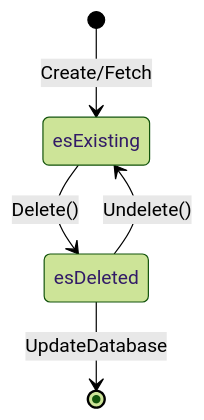
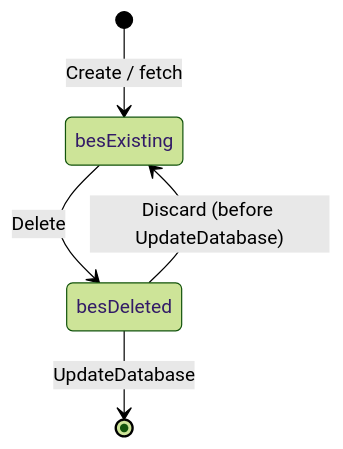
The second of 2 diagrams in docs/classes/TBoldObject.md (bero/BoldForDelphi), drawn with Mermaid (forest theme) before and after one commit. The commit also changed other lines of this file and 43 other files, not shown here.

````diff
--- a/docs/classes/TBoldObject.md
+++ b/docs/classes/TBoldObject.md
@@ -54,7 +64,7 @@
 ```mermaid
 stateDiagram-v2
-    [*] --> esExisting: Create/Fetch
-    esExisting --> esDeleted: Delete()
-    esDeleted --> esExisting: Undelete()
-    esDeleted --> [*]: UpdateDatabase
+    [*] --> besExisting: Create / fetch
+    besExisting --> besDeleted: Delete
+    besDeleted --> besExisting: Discard (before UpdateDatabase)
+    besDeleted --> [*]: UpdateDatabase
 ```
````
